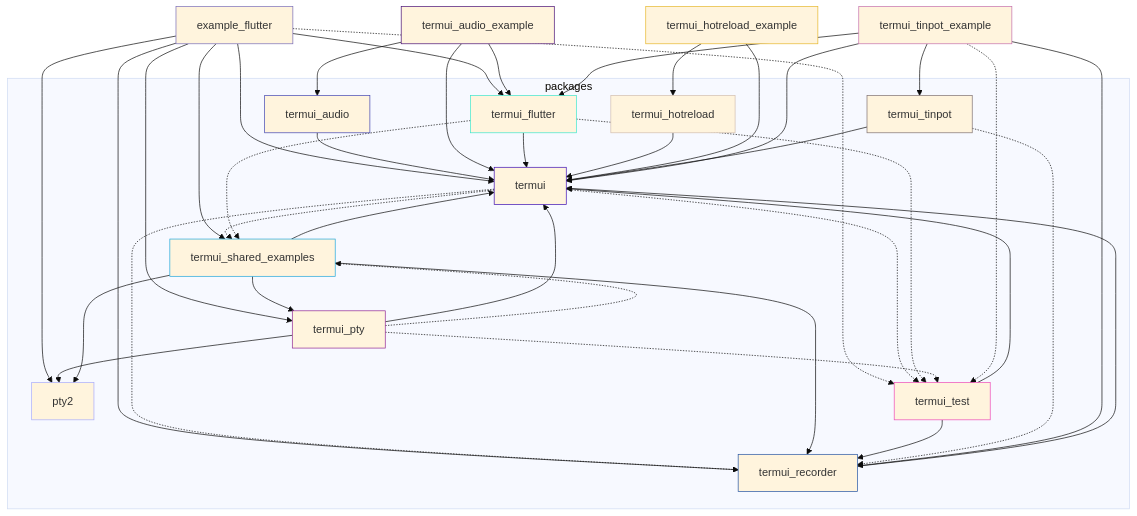
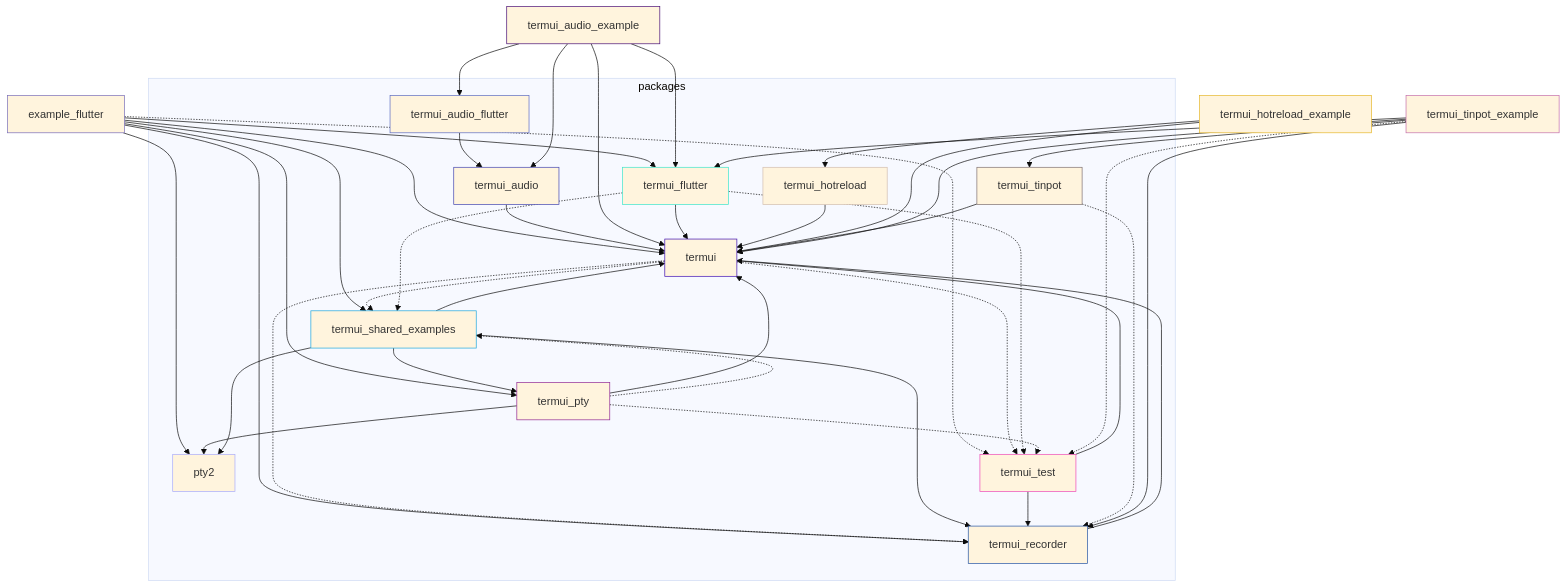
Before and after one commit to jtmcdole/termui: the diagram in README.md, drawn with Mermaid (base theme). The commit also changed other lines of this file, not shown here.

Commit message:
docs(root): add termui_audio_flutter to dependency graph and expand features

```diff
--- a/README.md
+++ b/README.md
@@ -52,6 +55,8 @@
   style termui stroke:#3c0db3
   termui_audio["termui_audio"]
   style termui_audio stroke:#4144b1
+  termui_audio_flutter["termui_audio_flutter"]
+  style termui_audio_flutter stroke:#5c6bc0
   termui_audio_example["termui_audio_example"]
   style termui_audio_example stroke:#470d74
   termui_flutter["termui_flutter"]
@@ -83,9 +88,11 @@
   termui -.-> termui_recorder
   termui -.-> termui_test
   termui_audio --> termui
+  termui_audio_flutter --> termui_audio
   termui_audio_example --> termui
   termui_audio_example --> termui_flutter
   termui_audio_example --> termui_audio
+  termui_audio_example --> termui_audio_flutter
   termui_flutter --> termui
   termui_flutter -.-> termui_shared_examples
   termui_flutter -.-> termui_test
@@ -114,6 +121,7 @@
     pty2
     termui
     termui_audio
+    termui_audio_flutter
     termui_flutter
     termui_hotreload
     termui_pty
```
